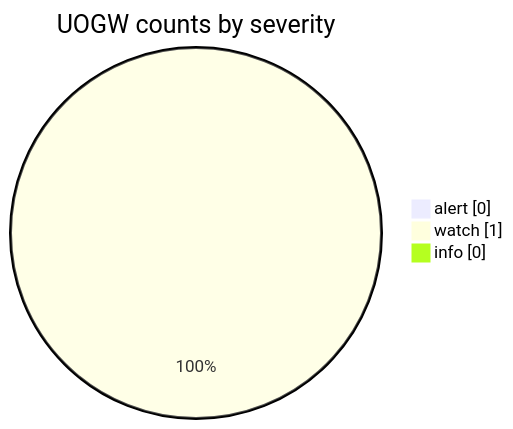
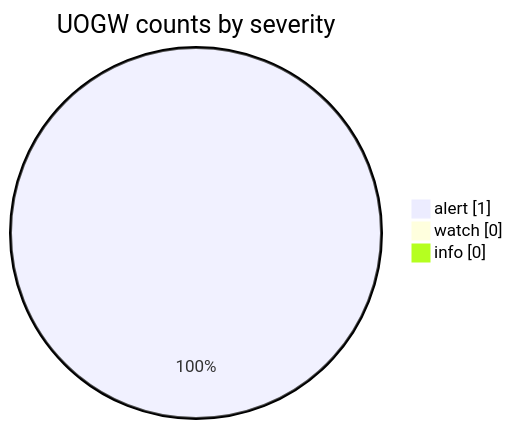
Before and after one commit to Midwest-Stratospheric/aerostratospheric-defense-gir: the fourth of 6 diagrams in docs/GRAPHS.md, drawn with Mermaid. The commit also changed other lines of this file and 24 other files, not shown here.

````diff
--- a/docs/GRAPHS.md
+++ b/docs/GRAPHS.md
@@ -66,7 +66,7 @@
 ```mermaid
 pie showData
   title UOGW counts by severity
-  "alert" : 0
-  "watch" : 1
+  "alert" : 1
+  "watch" : 0
   "info" : 0
 ```
````
